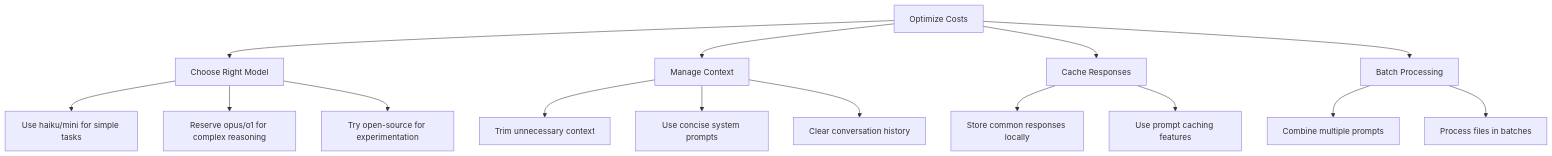
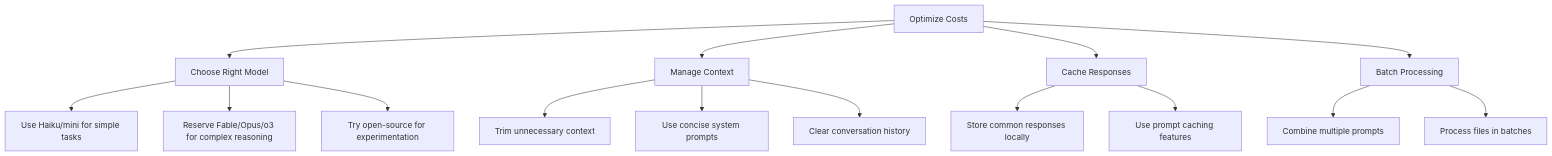
One commit to DreamLab-AI/dreamlab-ai-website changed the fourth of 6 diagrams in public/data/workshops/workshop-02-morning-ai-api-access/01_concepts.md. Above: the diagram before and after it, drawn with Mermaid. The commit also changed other lines of this file and 111 other files, not shown here.

````diff
--- a/public/data/workshops/workshop-02-morning-ai-api-access/01_concepts.md
+++ b/public/data/workshops/workshop-02-morning-ai-api-access/01_concepts.md
@@ -266,21 +257,21 @@
 ```mermaid
 graph TD
     A[Optimize Costs] --> B[Choose Right Model]
     A --> C[Manage Context]
     A --> D[Cache Responses]
     A --> E[Batch Processing]
 
-    B --> B1[Use haiku/mini for simple tasks]
-    B --> B2[Reserve opus/o1 for complex reasoning]
+    B --> B1[Use Haiku/mini for simple tasks]
+    B --> B2[Reserve Fable/Opus/o3 for complex reasoning]
     B --> B3[Try open-source for experimentation]
 
     C --> C1[Trim unnecessary context]
     C --> C2[Use concise system prompts]
     C --> C3[Clear conversation history]
 
     D --> D1[Store common responses locally]
     D --> D2[Use prompt caching features]
 
     E --> E1[Combine multiple prompts]
     E --> E2[Process files in batches]
 ```
````
